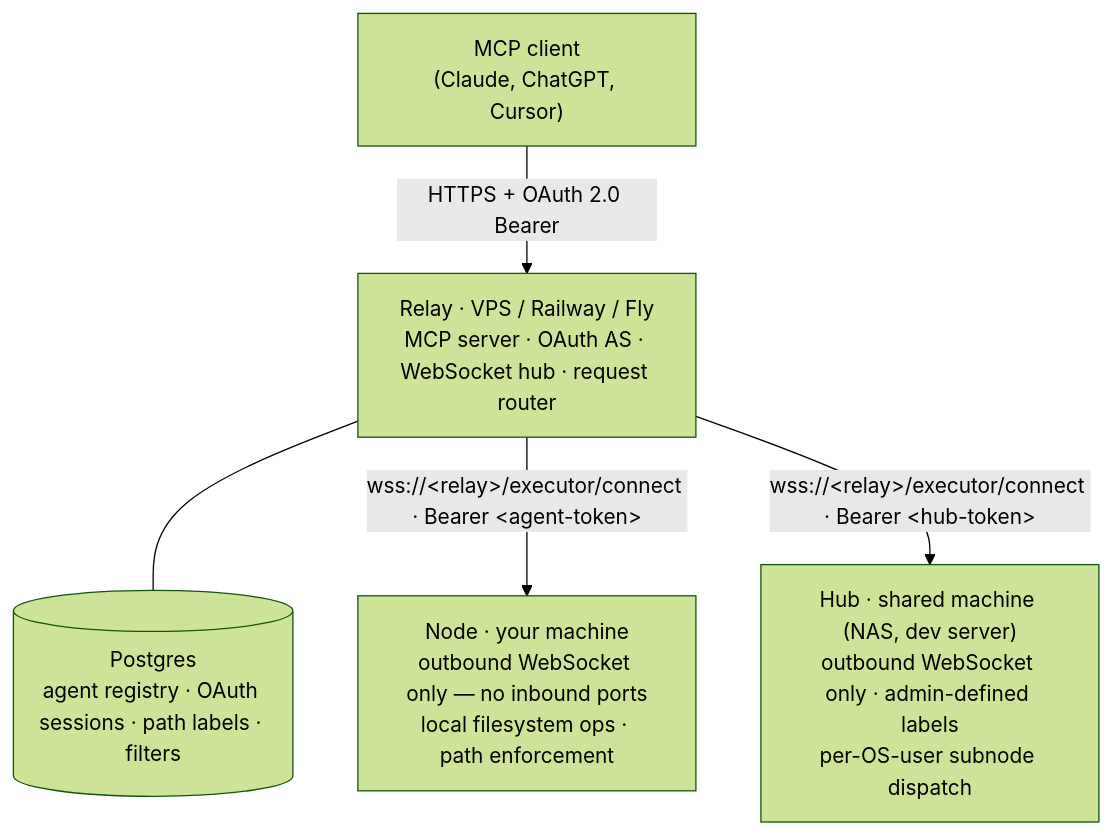
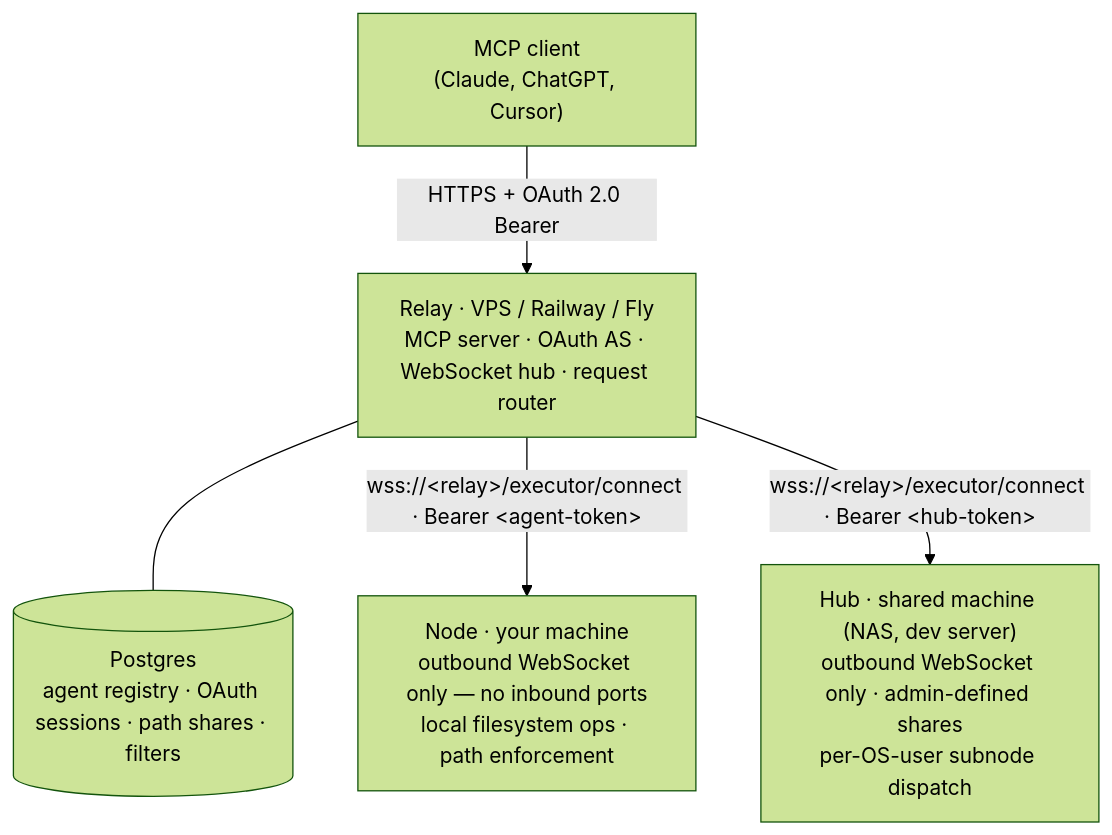
The diagram in docs/architecture.md (Mahasamuha/constellation-mcp), drawn with Mermaid (forest theme) before and after one commit. The commit also changed other lines of this file and 70 other files, not shown here.

````diff
--- a/docs/architecture.md
+++ b/docs/architecture.md
@@ -29,13 +29,13 @@
 ```mermaid
 flowchart TD
     Client["MCP client\n(Claude, ChatGPT, Cursor)"]
     Relay["Relay · VPS / Railway / Fly\nMCP server · OAuth AS · WebSocket hub · request router"]
-    Postgres[("Postgres\nagent registry · OAuth sessions · path labels · filters")]
+    Postgres[("Postgres\nagent registry · OAuth sessions · path shares · filters")]
     Node["Node · your machine\noutbound WebSocket only — no inbound ports\nlocal filesystem ops · path enforcement"]
-    Hub["Hub · shared machine (NAS, dev server)\noutbound WebSocket only · admin-defined labels\nper-OS-user subnode dispatch"]
+    Hub["Hub · shared machine (NAS, dev server)\noutbound WebSocket only · admin-defined shares\nper-OS-user subnode dispatch"]
 
     Client -->|"HTTPS + OAuth 2.0 Bearer"| Relay
     Relay --- Postgres
     Relay -->|"wss://&lt;relay&gt;/executor/connect · Bearer &lt;agent-token&gt;"| Node
     Relay -->|"wss://&lt;relay&gt;/executor/connect · Bearer &lt;hub-token&gt;"| Hub
 ```
````
